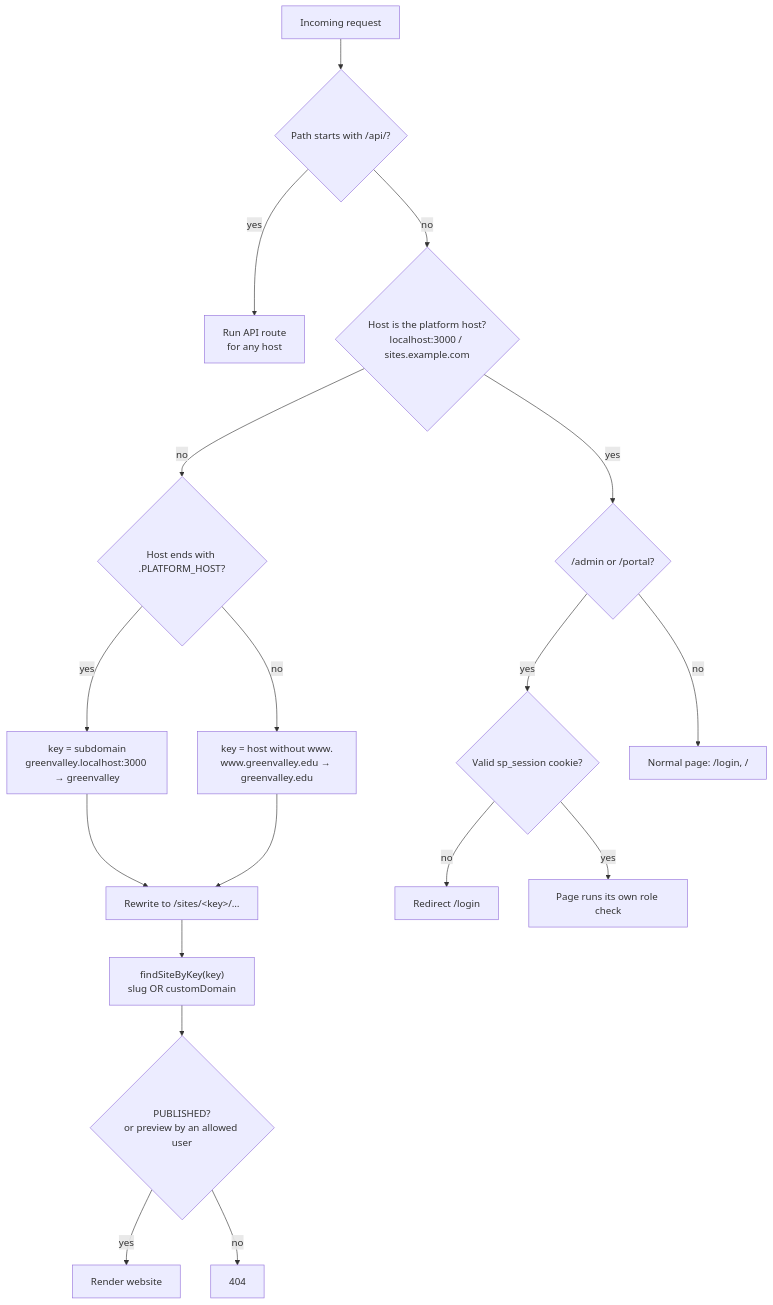
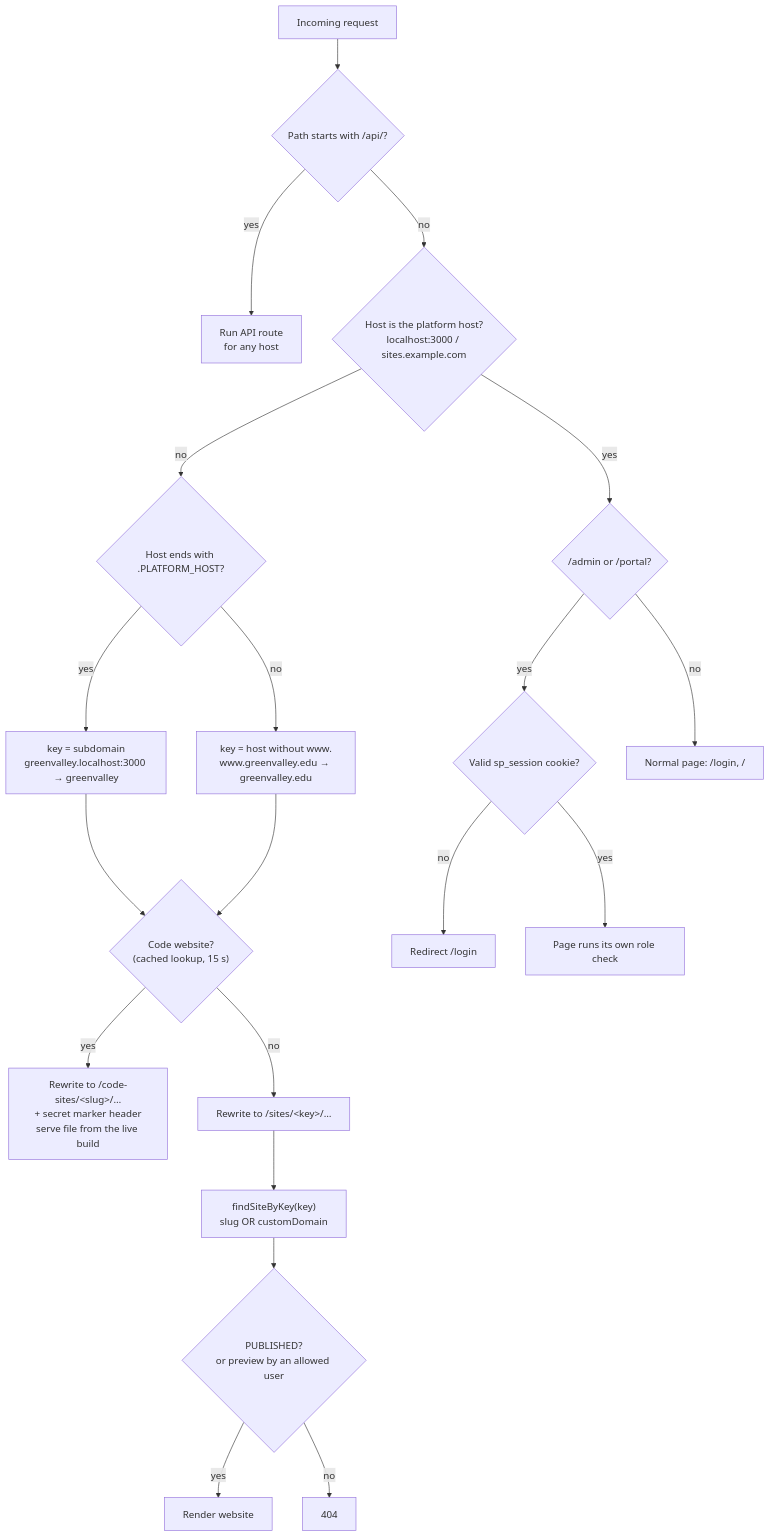
The second of 11 diagrams in docs/SYSTEM_DESIGN.md (Ritiksharmaji/site-auto-matrix), drawn with Mermaid before and after one commit. The commit also changed other lines of this file and 112 other files, not shown here.

````diff
--- a/docs/SYSTEM_DESIGN.md
+++ b/docs/SYSTEM_DESIGN.md
@@ -99,19 +99,21 @@
 ```mermaid
 flowchart TD
     R[Incoming request] --> P{Path starts with /api/?}
     P -- yes --> API[Run API route<br/>for any host]
     P -- no --> H{Host is the platform host?<br/>localhost:3000 / sites.example.com}
     H -- no --> K{Host ends with .PLATFORM_HOST?}
     K -- yes --> S1["key = subdomain<br/>greenvalley.localhost:3000 → greenvalley"]
     K -- no --> S2["key = host without www.<br/>www.greenvalley.edu → greenvalley.edu"]
-    S1 & S2 --> RW["Rewrite to /sites/&lt;key&gt;/…"]
+    S1 & S2 --> CS{"Code website?<br/>(cached lookup, 15 s)"}
+    CS -- yes --> CW["Rewrite to /code-sites/&lt;slug&gt;/…<br/>+ secret marker header<br/>serve file from the live build"]
+    CS -- no --> RW["Rewrite to /sites/&lt;key&gt;/…"]
     RW --> F["findSiteByKey(key)<br/>slug OR customDomain"]
     F --> PUB{PUBLISHED?<br/>or preview by an allowed user}
     PUB -- yes --> RENDER[Render website]
     PUB -- no --> NF[404]
     H -- yes --> G{/admin or /portal?}
     G -- yes --> C{Valid sp_session cookie?}
     C -- no --> L[Redirect /login]
     C -- yes --> PAGE[Page runs its own role check]
     G -- no --> PAGE2[Normal page: /login, /]
 ```
````
